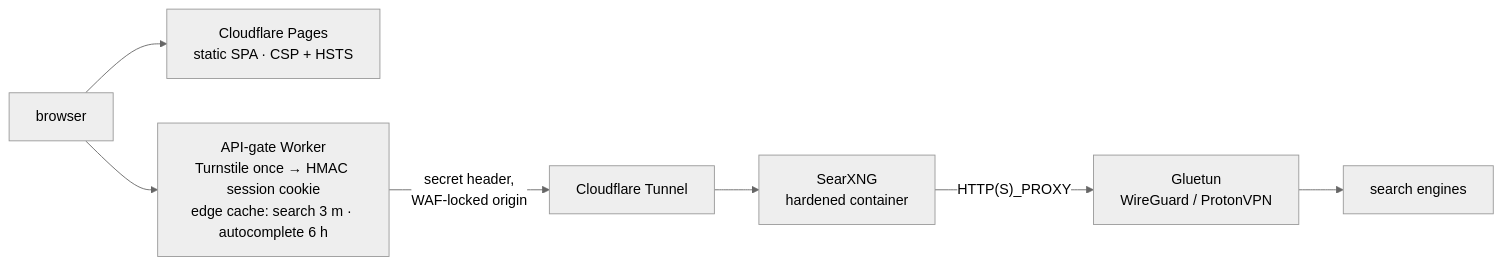
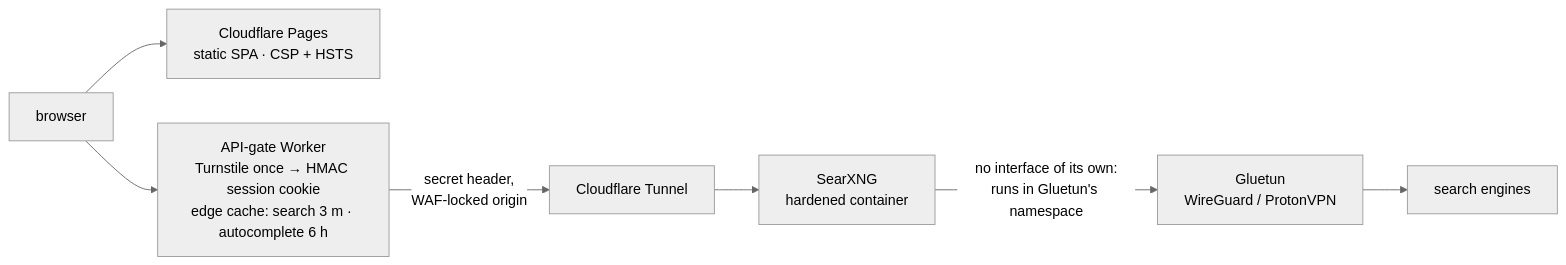
Before and after one commit to askalf/amnesia: the diagram in docs/architecture.md, drawn with Mermaid (neutral theme). The commit also changed other lines of this file and 32 other files, not shown here.

````diff
--- a/docs/architecture.md
+++ b/docs/architecture.md
@@ -7,9 +7,9 @@
 ```mermaid
 flowchart LR
     B["browser"] --> P["Cloudflare Pages<br/>static SPA · CSP + HSTS"]
     B --> W["API-gate Worker<br/>Turnstile once → HMAC session cookie<br/>edge cache: search 3 m · autocomplete 6 h"]
     W -->|"secret header,<br/>WAF-locked origin"| T["Cloudflare Tunnel"]
     T --> S["SearXNG<br/>hardened container"]
-    S -->|"HTTP(S)_PROXY"| V["Gluetun<br/>WireGuard / ProtonVPN"]
+    S -->|"no interface of its own:<br/>runs in Gluetun's namespace"| V["Gluetun<br/>WireGuard / ProtonVPN"]
     V --> E["search engines"]
 ```
````
